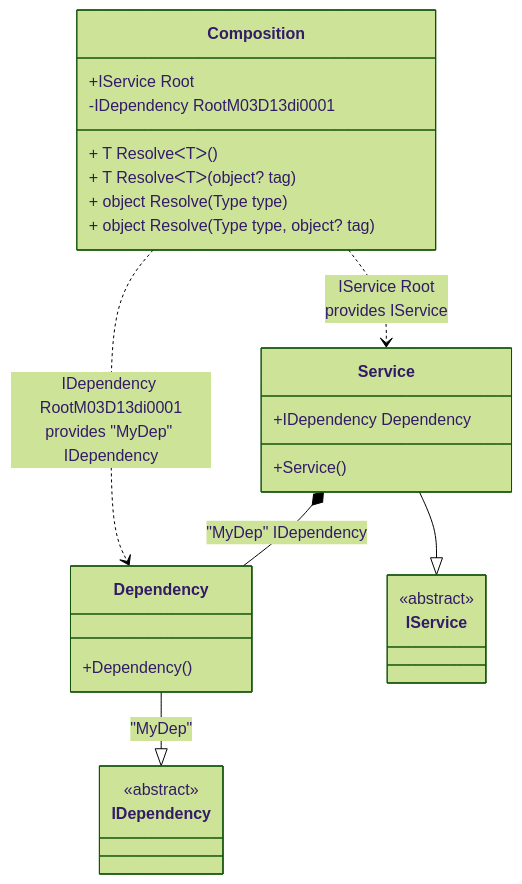
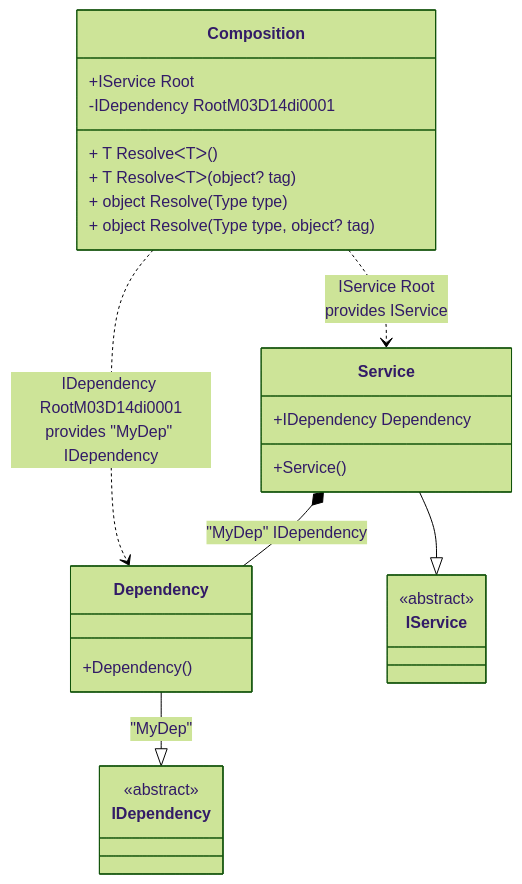
One commit to DevTeam/Pure.DI changed the diagram in readme/check-for-a-root.md. Above: the diagram before and after it, drawn with Mermaid (forest theme). The commit also changed other lines of this file and 73 other files, not shown here.

````diff
--- a/readme/check-for-a-root.md
+++ b/readme/check-for-a-root.md
@@ -63,29 +63,29 @@
 ```mermaid
 classDiagram
   class Composition {
     +IService Root
-    -IDependency RootM03D13di0001
+    -IDependency RootM03D14di0001
     + T ResolveᐸTᐳ()
     + T ResolveᐸTᐳ(object? tag)
     + object Resolve(Type type)
     + object Resolve(Type type, object? tag)
   }
   Dependency --|> IDependency : "MyDep" 
   class Dependency {
     +Dependency()
   }
   Service --|> IService : 
   class Service {
     +Service()
     +IDependency Dependency
   }
   class IDependency {
     <<abstract>>
   }
   class IService {
     <<abstract>>
   }
   Service *--  Dependency : "MyDep"  IDependency
-  Composition ..> Dependency : IDependency RootM03D13di0001<br/>provides "MyDep" IDependency
+  Composition ..> Dependency : IDependency RootM03D14di0001<br/>provides "MyDep" IDependency
   Composition ..> Service : IService Root<br/>provides IService
 ```
````
